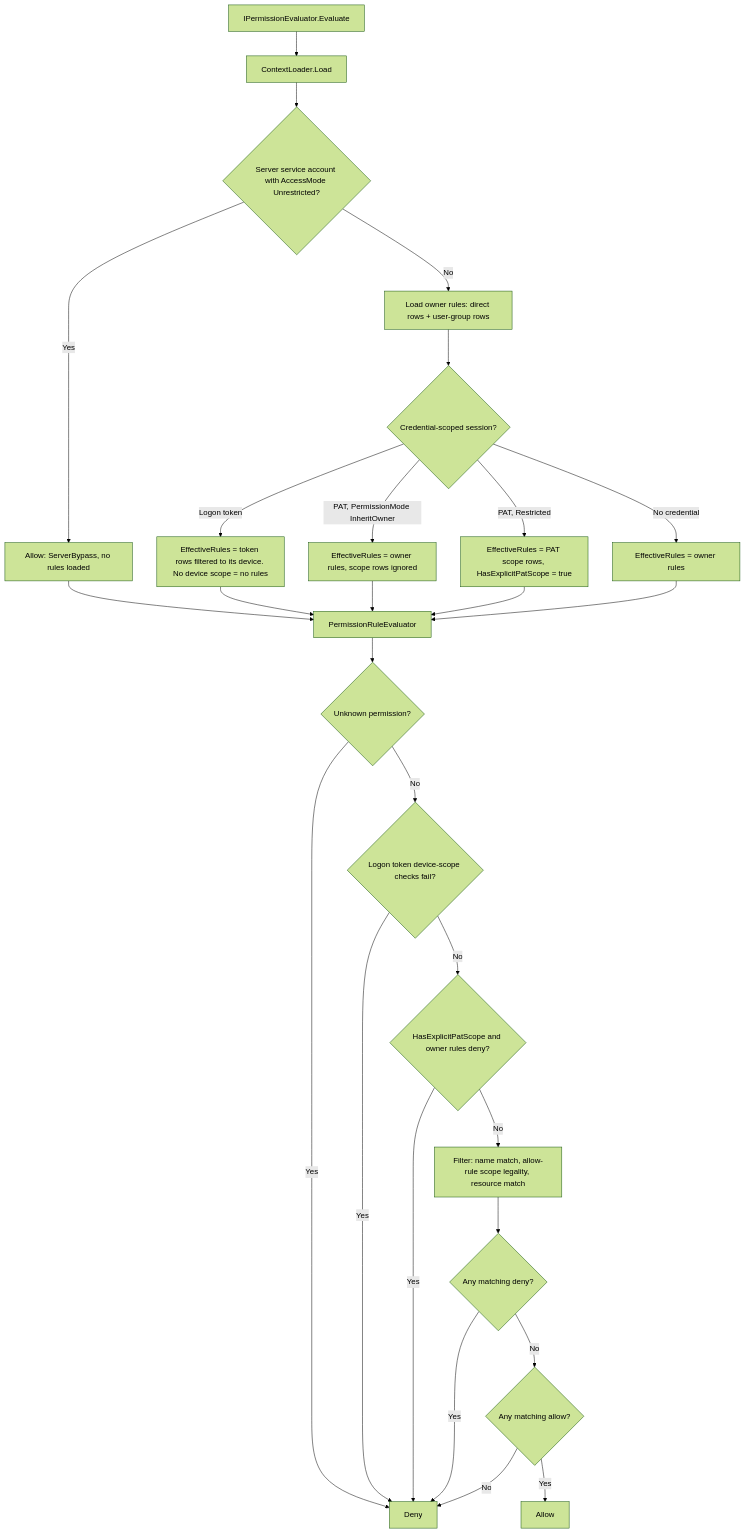
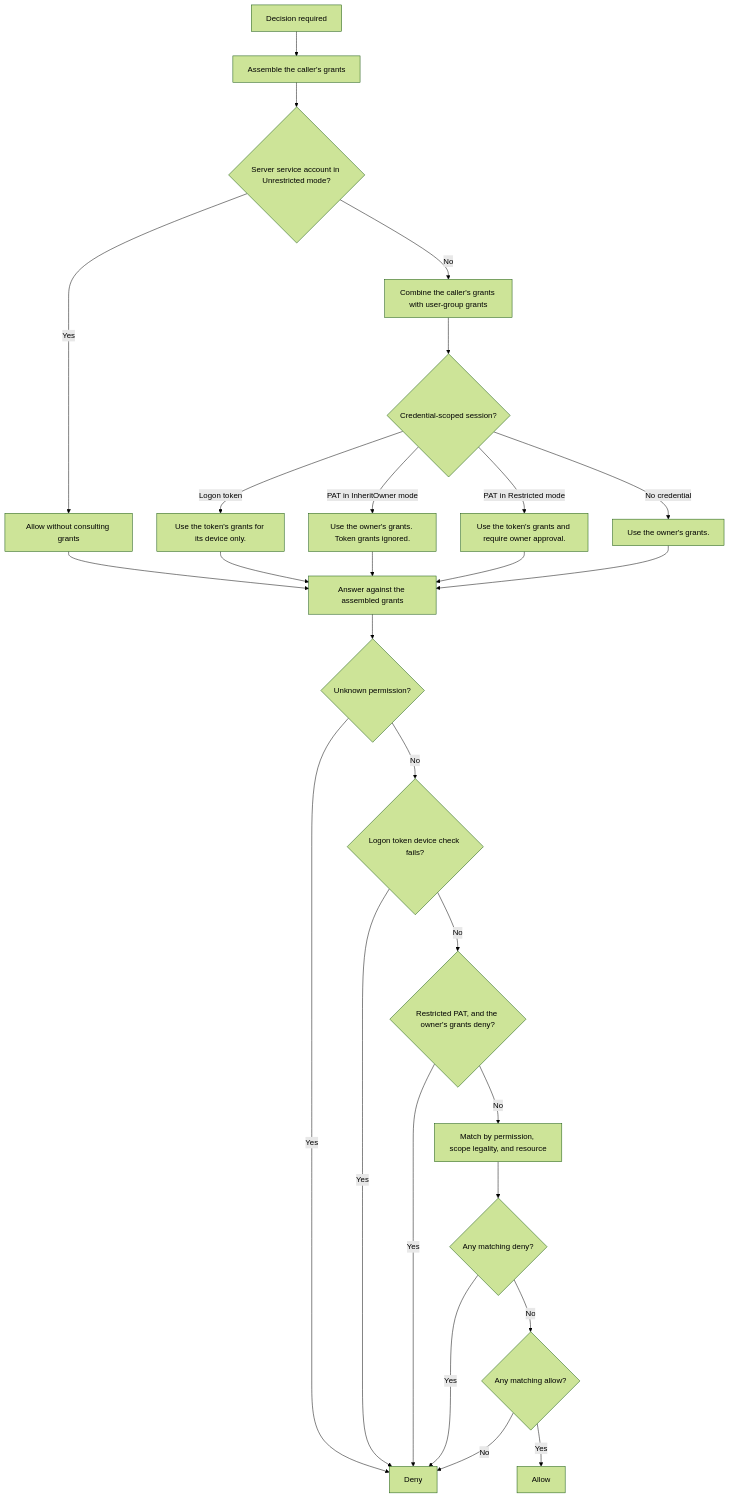
The diagram in docs/permission-system.md (bitbound/controlr-docs), drawn with Mermaid (forest theme) before and after one commit. The commit also changed other lines of this file and 36 other files, not shown here.

````diff
--- a/docs/permission-system.md
+++ b/docs/permission-system.md
@@ -134,32 +122,32 @@
 ```mermaid
 flowchart TD
-    A[IPermissionEvaluator.Evaluate] --> B[ContextLoader.Load]
-    B --> C{Server service account with AccessMode Unrestricted?}
-    C -->|Yes| D[Allow: ServerBypass, no rules loaded]
-    C -->|No| E[Load owner rules: direct rows + user-group rows]
+    A[Decision required] --> B[Assemble the caller's grants]
+    B --> C{Server service account in Unrestricted mode?}
+    C -->|Yes| D[Allow without consulting grants]
+    C -->|No| E[Combine the caller's grants with user-group grants]
 
     E --> F{Credential-scoped session?}
-    F -->|Logon token| G[EffectiveRules = token rows filtered to its device. No device scope = no rules]
-    F -->|PAT, PermissionMode InheritOwner| H[EffectiveRules = owner rules, scope rows ignored]
-    F -->|PAT, Restricted| I[EffectiveRules = PAT scope rows, HasExplicitPatScope = true]
-    F -->|No credential| J[EffectiveRules = owner rules]
+    F -->|Logon token| G[Use the token's grants for its device only.]
+    F -->|PAT in InheritOwner mode| H[Use the owner's grants. Token grants ignored.]
+    F -->|PAT in Restricted mode| I[Use the token's grants and require owner approval.]
+    F -->|No credential| J[Use the owner's grants.]
 
-    D --> K[PermissionRuleEvaluator]
+    D --> K[Answer against the assembled grants]
     G --> K
     H --> K
     I --> K
     J --> K
 
     K --> L{Unknown permission?}
     L -->|Yes| M[Deny]
-    L -->|No| N{Logon token device-scope checks fail?}
+    L -->|No| N{Logon token device check fails?}
     N -->|Yes| M
-    N -->|No| O{HasExplicitPatScope and owner rules deny?}
+    N -->|No| O{Restricted PAT, and the owner's grants deny?}
     O -->|Yes| M
-    O -->|No| P[Filter: name match, allow-rule scope legality, resource match]
+    O -->|No| P[Match by permission, scope legality, and resource]
     P --> Q{Any matching deny?}
     Q -->|Yes| M
     Q -->|No| R{Any matching allow?}
     R -->|Yes| S[Allow]
     R -->|No| M
 ```
````
